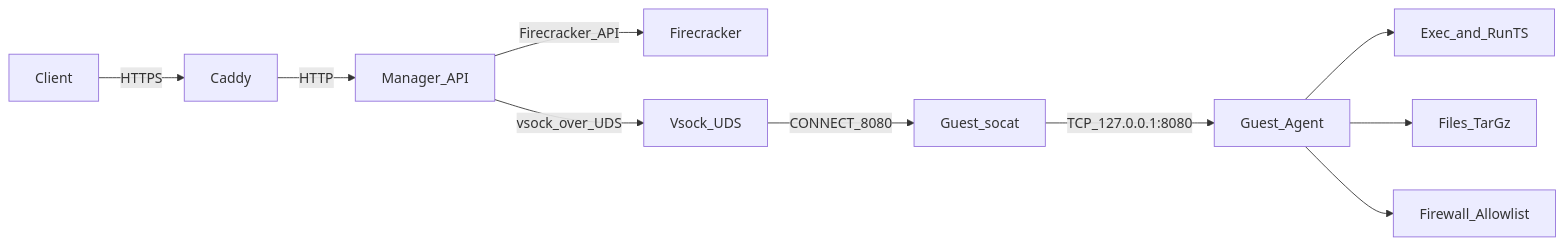
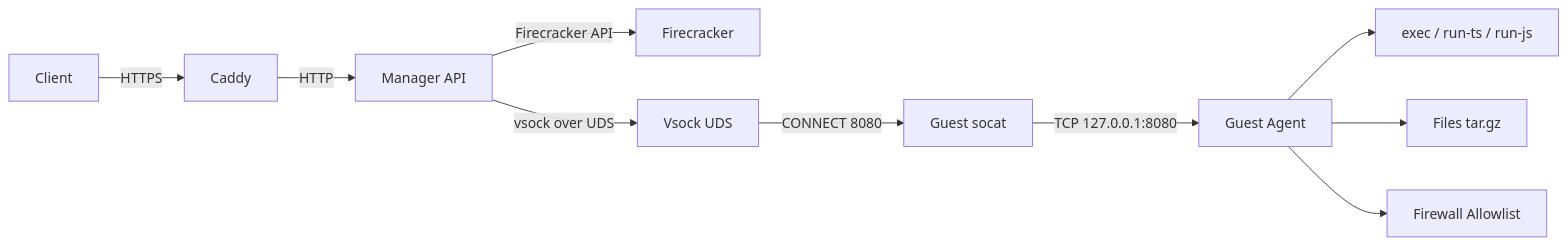
Before and after one commit to lelemm/rundatsheesh: the diagram in website/docs/index.md, drawn with Mermaid. The commit also changed other lines of this file and 7 other files, not shown here.

````diff
--- a/website/docs/index.md
+++ b/website/docs/index.md
@@ -12,12 +21,12 @@
 ```mermaid
 flowchart LR
   Client[Client] -->|HTTPS| Caddy[Caddy]
-  Caddy -->|HTTP| Manager[Manager_API]
-  Manager -->|Firecracker_API| Firecracker[Firecracker]
-  Manager -->|vsock_over_UDS| Vsock[Vsock_UDS]
-  Vsock -->|CONNECT_8080| Socat[Guest_socat]
-  Socat -->|TCP_127.0.0.1:8080| Agent[Guest_Agent]
-  Agent --> Exec[Exec_and_RunTS]
-  Agent --> Files[Files_TarGz]
-  Agent --> Firewall[Firewall_Allowlist]
+  Caddy -->|HTTP| Manager[Manager API]
+  Manager -->|Firecracker API| Firecracker[Firecracker]
+  Manager -->|vsock over UDS| Vsock[Vsock UDS]
+  Vsock -->|CONNECT 8080| Socat[Guest socat]
+  Socat -->|TCP 127.0.0.1:8080| Agent[Guest Agent]
+  Agent --> Exec[exec / run-ts / run-js]
+  Agent --> Files[Files tar.gz]
+  Agent --> Firewall[Firewall Allowlist]
 ```
````
